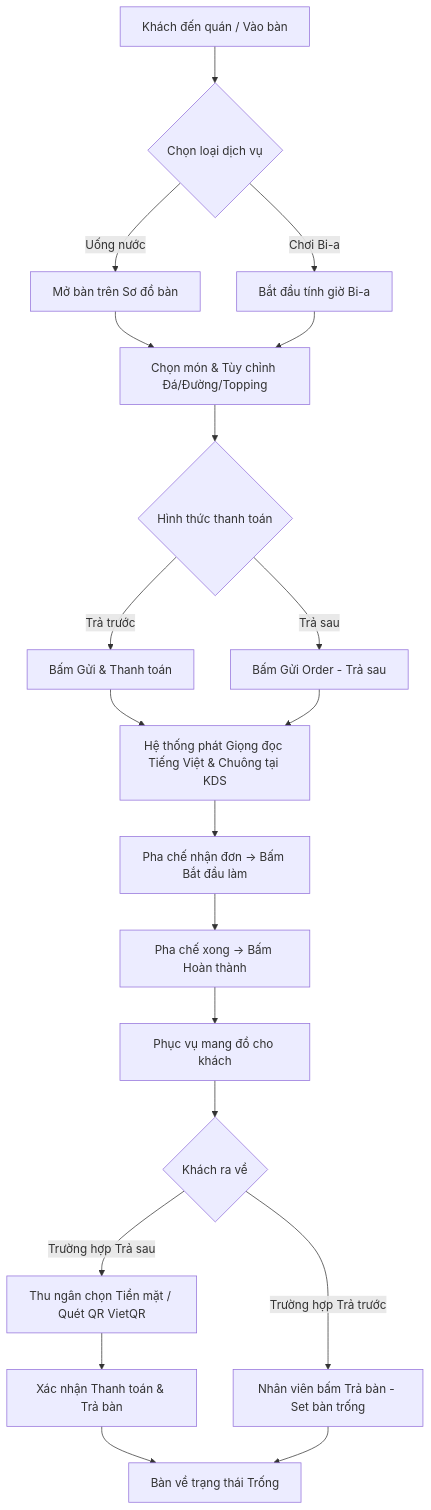
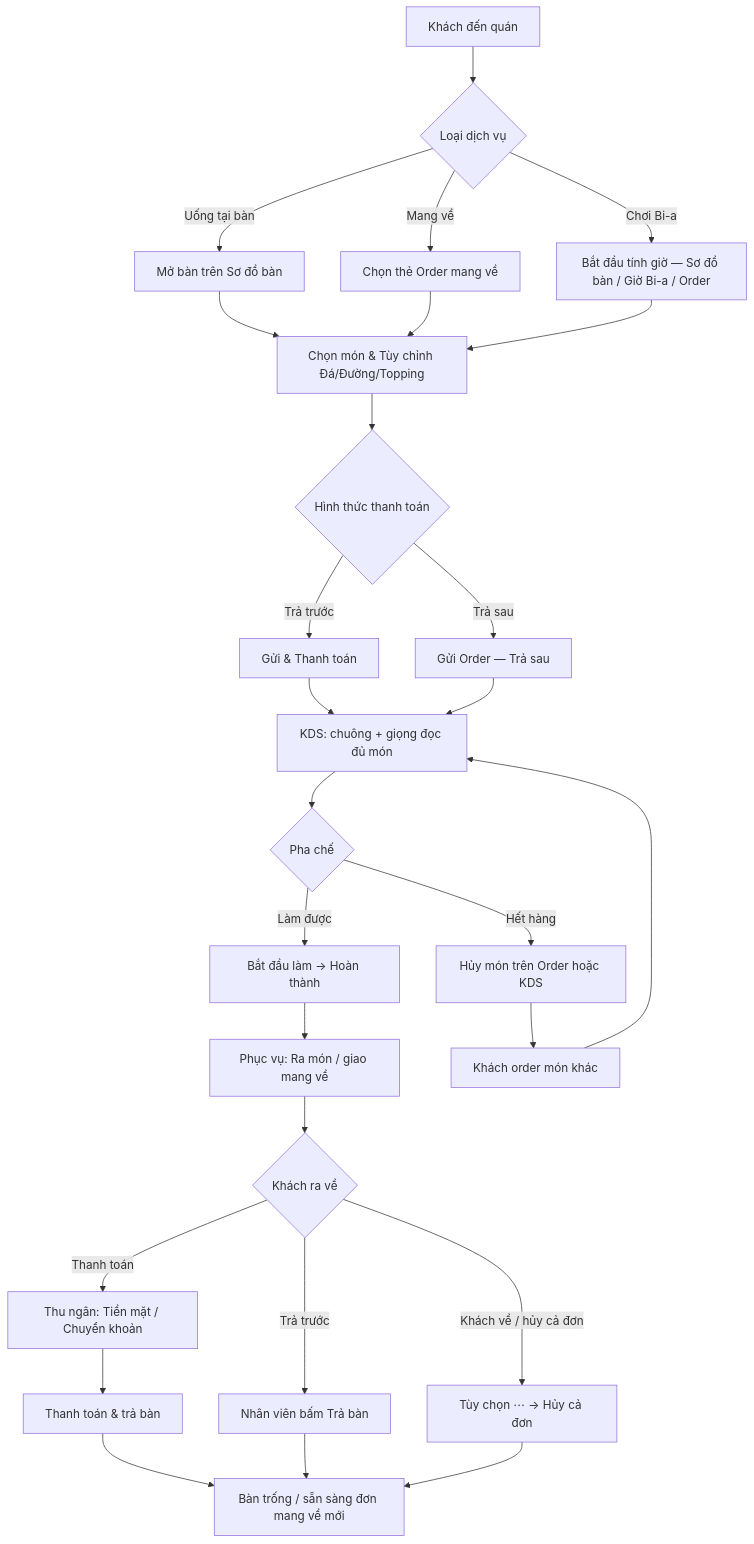
One commit to dducky203/bom_coffee_POS changed the diagram in HUONG_DAN_SU_DUNG.md. Above: the diagram before and after it, drawn with Mermaid. The commit also changed other lines of this file and 28 other files, not shown here.

````diff
--- a/HUONG_DAN_SU_DUNG.md
+++ b/HUONG_DAN_SU_DUNG.md
@@ -25,32 +26,41 @@
 ```mermaid
 flowchart TD
-    A[Khách đến quán / Vào bàn] --> B{Chọn loại dịch vụ}
+    A[Khách đến quán] --> B{Loại dịch vụ}
     
-    B -->|Uống nước| C[Mở bàn trên Sơ đồ bàn]
-    B -->|Chơi Bi-a| D[Bắt đầu tính giờ Bi-a]
+    B -->|Uống tại bàn| C[Mở bàn trên Sơ đồ bàn]
+    B -->|Mang về| C2[Chọn thẻ Order mang về]
+    B -->|Chơi Bi-a| D[Bắt đầu tính giờ — Sơ đồ bàn / Giờ Bi-a / Order]
     
     C --> E[Chọn món & Tùy chỉnh Đá/Đường/Topping]
+    C2 --> E
     D --> E
     
     E --> F{Hình thức thanh toán}
     
-    F -->|Trả trước| G[Bấm Gửi & Thanh toán]
-    F -->|Trả sau| H[Bấm Gửi Order - Trả sau]
+    F -->|Trả trước| G[Gửi & Thanh toán]
+    F -->|Trả sau| H[Gửi Order — Trả sau]
     
-    G --> I[Hệ thống phát Giọng đọc Tiếng Việt & Chuông tại KDS]
+    G --> I[KDS: chuông + giọng đọc đủ món]
     H --> I
     
-    I --> J[Pha chế nhận đơn -> Bấm Bắt đầu làm]
-    J --> K[Pha chế xong -> Bấm Hoàn thành]
-    K --> L[Phục vụ mang đồ cho khách]
+    I --> J{Pha chế}
+    J -->|Làm được| K[Bắt đầu làm → Hoàn thành]
+    J -->|Hết hàng| X1[Hủy món trên Order hoặc KDS]
+    X1 --> E2[Khách order món khác]
+    E2 --> I
+    
+    K --> L[Phục vụ: Ra món / giao mang về]
     
     L --> M{Khách ra về}
     
-    M -->|Trường hợp Trả sau| N[Thu ngân chọn Tiền mặt / Quét QR VietQR]
-    N --> O[Xác nhận Thanh toán & Trả bàn]
+    M -->|Thanh toán| N[Thu ngân: Tiền mặt / Chuyển khoản]
+    N --> O[Thanh toán & trả bàn]
     
-    M -->|Trường hợp Trả trước| P[Nhân viên bấm Trả bàn - Set bàn trống]
+    M -->|Trả trước| P[Nhân viên bấm Trả bàn]
     
-    O --> Q[Bàn về trạng thái Trống]
+    M -->|Khách về / hủy cả đơn| X2[Tùy chọn ⋯ → Hủy cả đơn]
+    X2 --> Q
+    
+    O --> Q[Bàn trống / sẵn sàng đơn mang về mới]
     P --> Q
 ```
````
